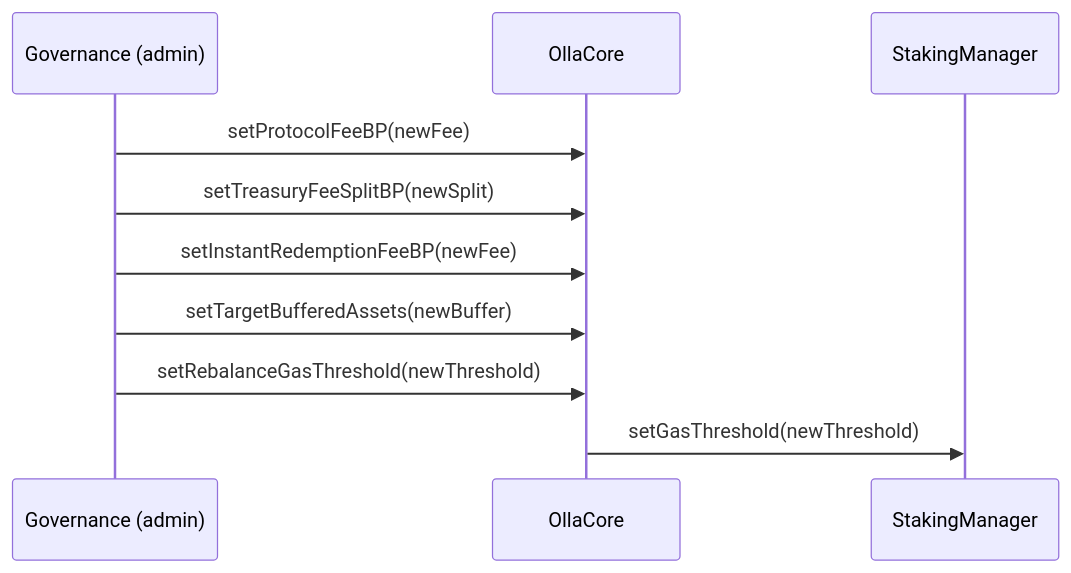
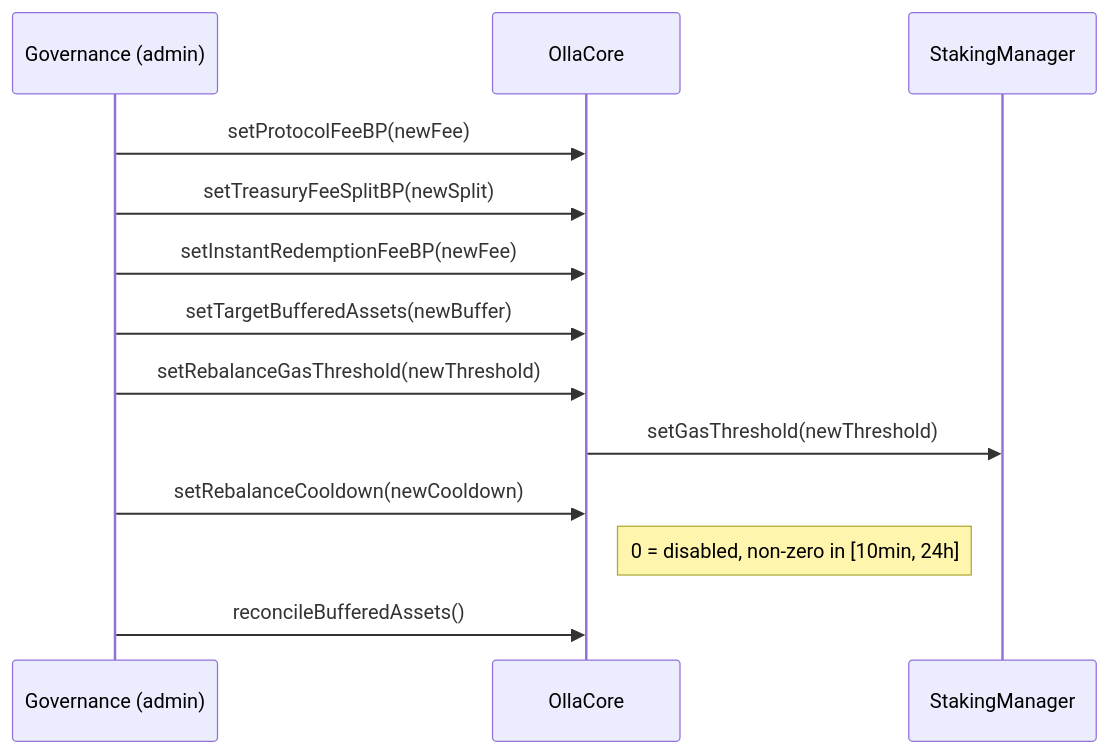
One commit to ollafinance/core changed the first of 4 diagrams in docs/governance-actions.md. Above: the diagram before and after it, drawn with Mermaid. The commit also changed 2 other files, not shown here.

Commit message:
update diagrams to reflect new permissions on rebalance, updateAccounting and stakingmanager functions

````diff
--- a/docs/governance-actions.md
+++ b/docs/governance-actions.md
@@ -7,13 +7,16 @@
 ```mermaid
 sequenceDiagram
     participant GOV as Governance (admin)
     participant C as OllaCore
     participant SM as StakingManager
 
     GOV->>C: setProtocolFeeBP(newFee)
     GOV->>C: setTreasuryFeeSplitBP(newSplit)
     GOV->>C: setInstantRedemptionFeeBP(newFee)
     GOV->>C: setTargetBufferedAssets(newBuffer)
     GOV->>C: setRebalanceGasThreshold(newThreshold)
     C->>SM: setGasThreshold(newThreshold)
+    GOV->>C: setRebalanceCooldown(newCooldown)
+    Note right of C: 0 = disabled, non-zero in [10min, 24h]
+    GOV->>C: reconcileBufferedAssets()
 ```
````
